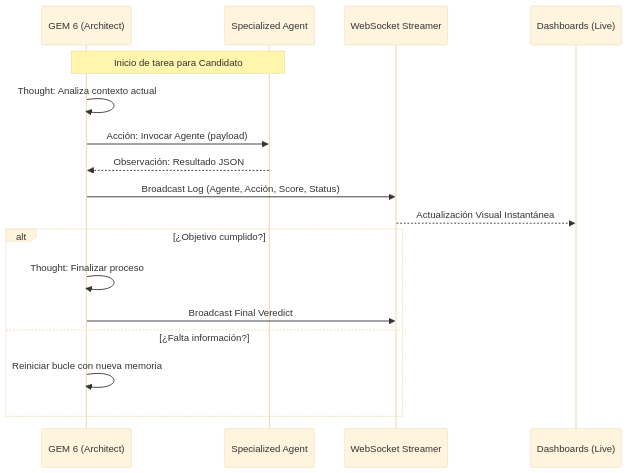
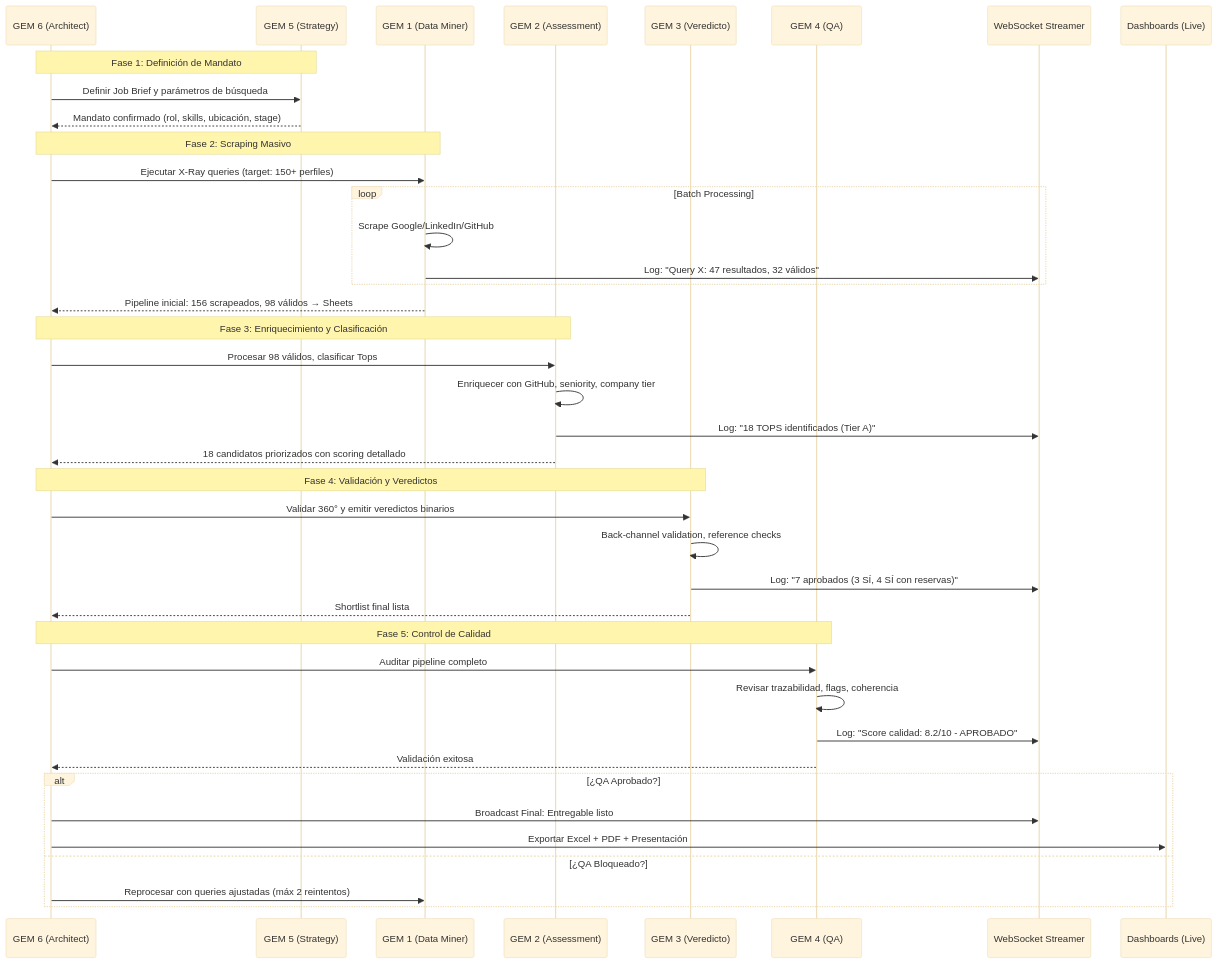
Before and after one commit to tomascarminatti-ux/raadbot: the second of 2 diagrams in README.md, drawn with Mermaid (base theme). The commit also changed other lines of this file, not shown here.

````diff
--- a/README.md
+++ b/README.md
@@ -77,21 +89,48 @@
 ```mermaid
 sequenceDiagram
     participant G6 as GEM 6 (Architect)
-    participant AG as Specialized Agent
+    participant G5 as GEM 5 (Strategy)
+    participant G1 as GEM 1 (Data Miner)
+    participant G2 as GEM 2 (Assessment)
+    participant G3 as GEM 3 (Veredicto)
+    participant G4 as GEM 4 (QA)
     participant WS as WebSocket Streamer
     participant UI as Dashboards (Live)
 
-    Note over G6, AG: Inicio de tarea para Candidato
-    G6->>G6: Thought: Analiza contexto actual
-    G6->>AG: Acción: Invocar Agente (payload)
-    AG-->>G6: Observación: Resultado JSON
-    G6->>WS: Broadcast Log (Agente, Acción, Score, Status)
-    WS-->>UI: Actualización Visual Instantánea
+    Note over G6, G5: Fase 1: Definición de Mandato
+    G6->>G5: Definir Job Brief y parámetros de búsqueda
+    G5-->>G6: Mandato confirmado (rol, skills, ubicación, stage)
 
-    alt ¿Objetivo cumplido?
-        G6->>G6: Thought: Finalizar proceso
-        G6->>WS: Broadcast Final Veredict
-    else ¿Falta información?
-        G6->>G6: Reiniciar bucle con nueva memoria
+    Note over G6, G1: Fase 2: Scraping Masivo
+    G6->>G1: Ejecutar X-Ray queries (target: 150+ perfiles)
+    loop Batch Processing
+        G1->>G1: Scrape Google/LinkedIn/GitHub
+        G1->>WS: Log: "Query X: 47 resultados, 32 válidos"
+    end
+    G1-->>G6: Pipeline inicial: 156 scrapeados, 98 válidos → Sheets
+
+    Note over G6, G2: Fase 3: Enriquecimiento y Clasificación
+    G6->>G2: Procesar 98 válidos, clasificar Tops
+    G2->>G2: Enriquecer con GitHub, seniority, company tier
+    G2->>WS: Log: "18 TOPS identificados (Tier A)"
+    G2-->>G6: 18 candidatos priorizados con scoring detallado
+
+    Note over G6, G3: Fase 4: Validación y Veredictos
+    G6->>G3: Validar 360° y emitir veredictos binarios
+    G3->>G3: Back-channel validation, reference checks
+    G3->>WS: Log: "7 aprobados (3 SÍ, 4 SÍ con reservas)"
+    G3-->>G6: Shortlist final lista
+
+    Note over G6, G4: Fase 5: Control de Calidad
+    G6->>G4: Auditar pipeline completo
+    G4->>G4: Revisar trazabilidad, flags, coherencia
+    G4->>WS: Log: "Score calidad: 8.2/10 - APROBADO"
+    G4-->>G6: Validación exitosa
+
+    alt ¿QA Aprobado?
+        G6->>WS: Broadcast Final: Entregable listo
+        G6->>UI: Exportar Excel + PDF + Presentación
+    else ¿QA Bloqueado?
+        G6->>G1: Reprocesar con queries ajustadas (máx 2 reintentos)
     end
 ```
````
